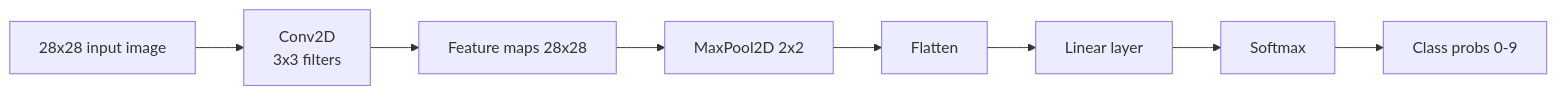
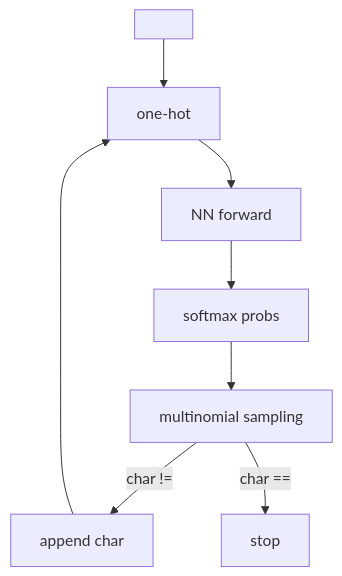
The second of 2 diagrams in generative-ai/notes/02-deep-learning-revision.md (Traenqui/bsc-informatik-fh-ost), drawn with Mermaid before and after one commit. The commit also changed other lines of this file and 12 other files, not shown here.

````diff
--- a/generative-ai/notes/02-deep-learning-revision.md
+++ b/generative-ai/notes/02-deep-learning-revision.md
@@ -332,10 +132,10 @@
 ```mermaid
-flowchart LR
-  IMG[28x28 input image] --> CONV[Conv2D<br/>3x3 filters]
-  CONV --> FM[Feature maps 28x28]
-  FM --> POOL[MaxPool2D 2x2]
-  POOL --> FP[Flatten]
-  FP --> FC[Linear layer]
-  FC --> SOFT[Softmax]
-  SOFT --> OUT[Class probs 0-9]
+flowchart TD
+  Start[<S>] --> Encode[one-hot]
+  Encode --> Model[NN forward]
+  Model --> Prob[softmax probs]
+  Prob --> Sample[multinomial sampling]
+  Sample -->|char != <E>| Append[append char]
+  Append --> Encode
+  Sample -->|char == <E>| End[stop]
 ```
````
